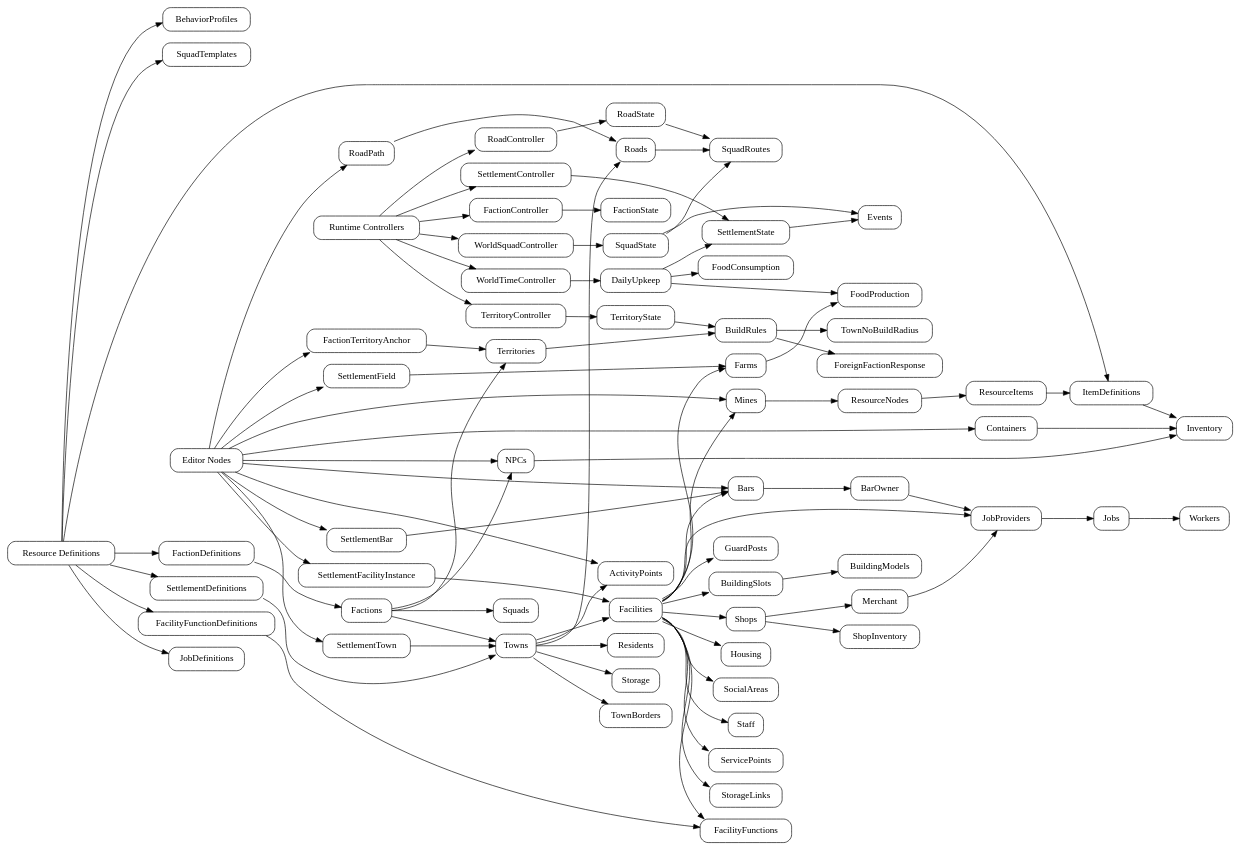
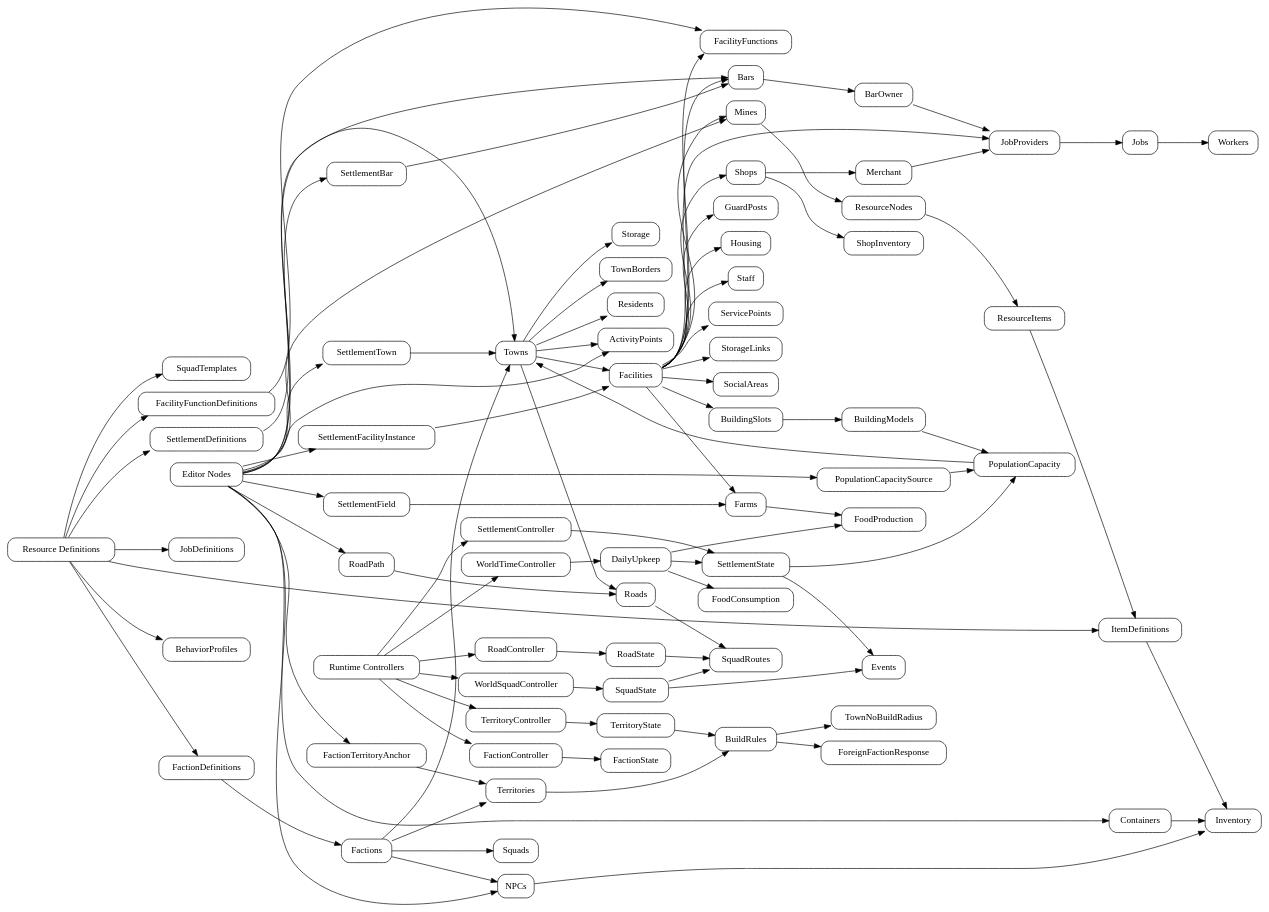
One commit to dustinc555/mygame changed the diagram in architecture/game-data.md. Above: the diagram before and after it, drawn with Graphviz. The commit also changed other lines of this file and 18 other files, not shown here.

```diff
--- a/architecture/game-data.md
+++ b/architecture/game-data.md
@@ -30,6 +30,7 @@
   Nodes -> SettlementTown;
   Nodes -> FactionTerritoryAnchor;
   Nodes -> RoadPath;
+  Nodes -> PopulationCapacitySource;
   Nodes -> NPCs;
   Nodes -> Containers;
   Nodes -> Bars;
@@ -80,6 +81,9 @@
   SettlementBar -> Bars;
   SettlementField -> Farms;
   BuildingSlots -> BuildingModels;
+  BuildingModels -> PopulationCapacity;
+  PopulationCapacitySource -> PopulationCapacity;
+  PopulationCapacity -> Towns;
 
   Bars -> BarOwner;
   Shops -> Merchant;
@@ -116,6 +120,7 @@
   DailyUpkeep -> FoodConsumption;
   DailyUpkeep -> SettlementState;
   SettlementState -> Events;
+  SettlementState -> PopulationCapacity;
   SquadState -> Events;
   SquadState -> SquadRoutes;
   TerritoryState -> BuildRules;
```
